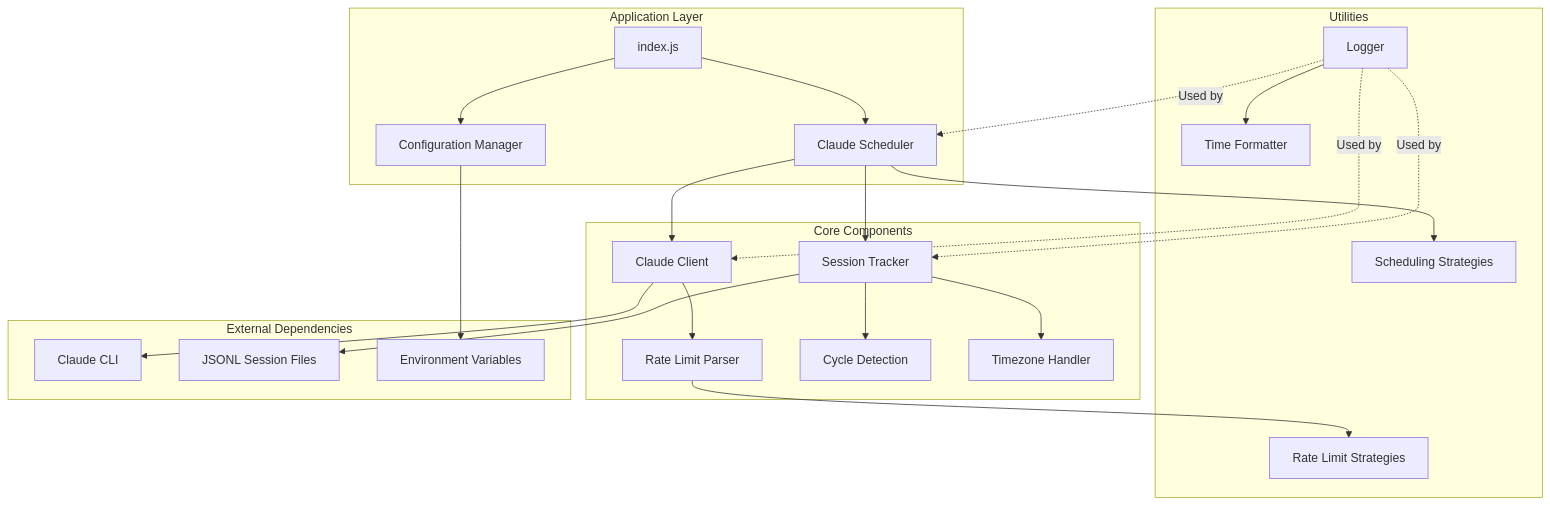
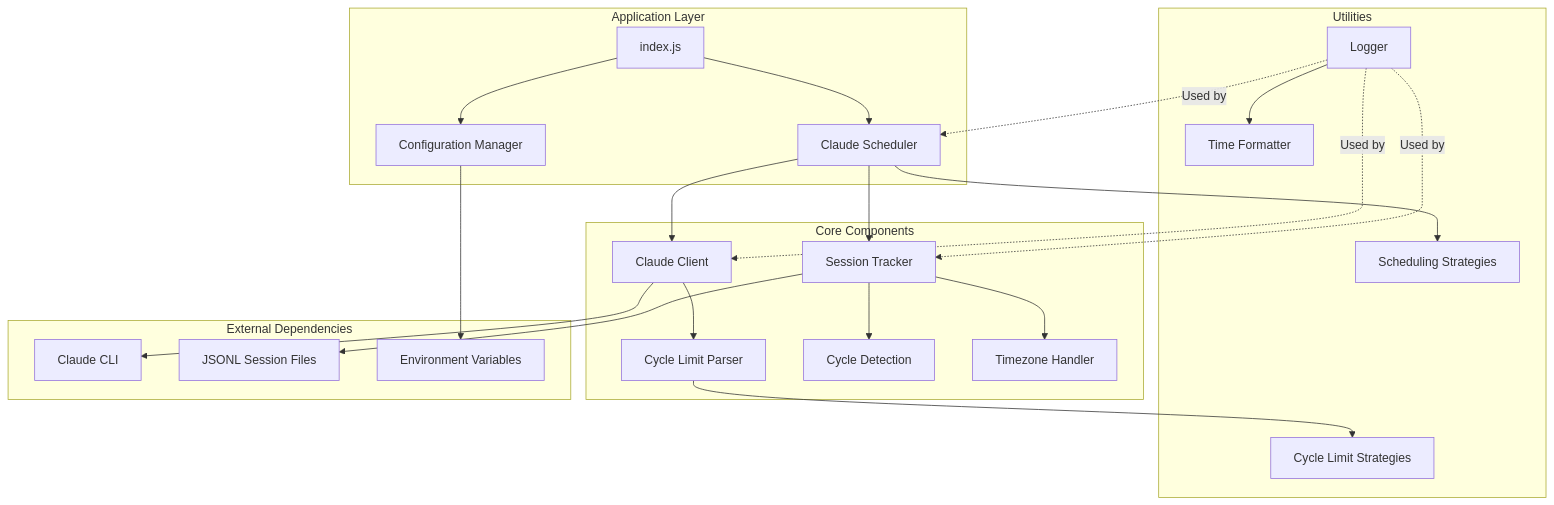
One commit to substance0/claudepulse changed diagram 11 of 11 in docs/workflow-diagrams.md. Above: the diagram before and after it, drawn with Mermaid. The commit also changed other lines of this file and 38 other files, not shown here.

````diff
--- a/docs/workflow-diagrams.md
+++ b/docs/workflow-diagrams.md
@@ -520,31 +661,31 @@
 ```mermaid
 graph TB
     subgraph "Application Layer"
         A[index.js] --> B[Configuration Manager]
         A --> C[Claude Scheduler]
     end
 
     subgraph "Core Components"
         C --> D[Claude Client]
         C --> E[Session Tracker]
-        D --> F[Rate Limit Parser]
+        D --> F[Cycle Limit Parser]
         E --> G[Cycle Detection]
         E --> H[Timezone Handler]
     end
 
     subgraph "Utilities"
         I[Logger] --> J[Time Formatter]
-        F --> K[Rate Limit Strategies]
+        F --> K[Cycle Limit Strategies]
         C --> L[Scheduling Strategies]
     end
 
     subgraph "External Dependencies"
         D --> M[Claude CLI]
         E --> N[JSONL Session Files]
         B --> O[Environment Variables]
     end
 
     I -.->|Used by| C
     I -.->|Used by| D
     I -.->|Used by| E
 ```
````
